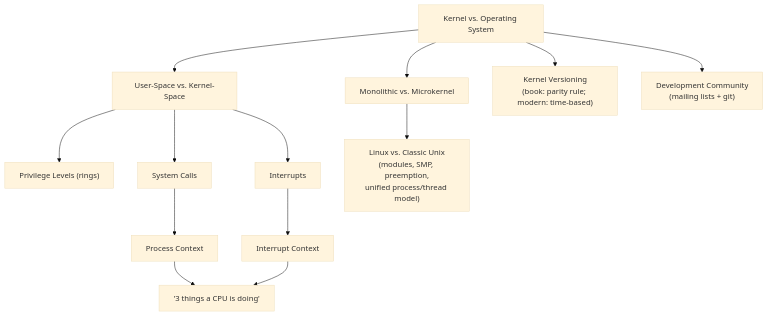
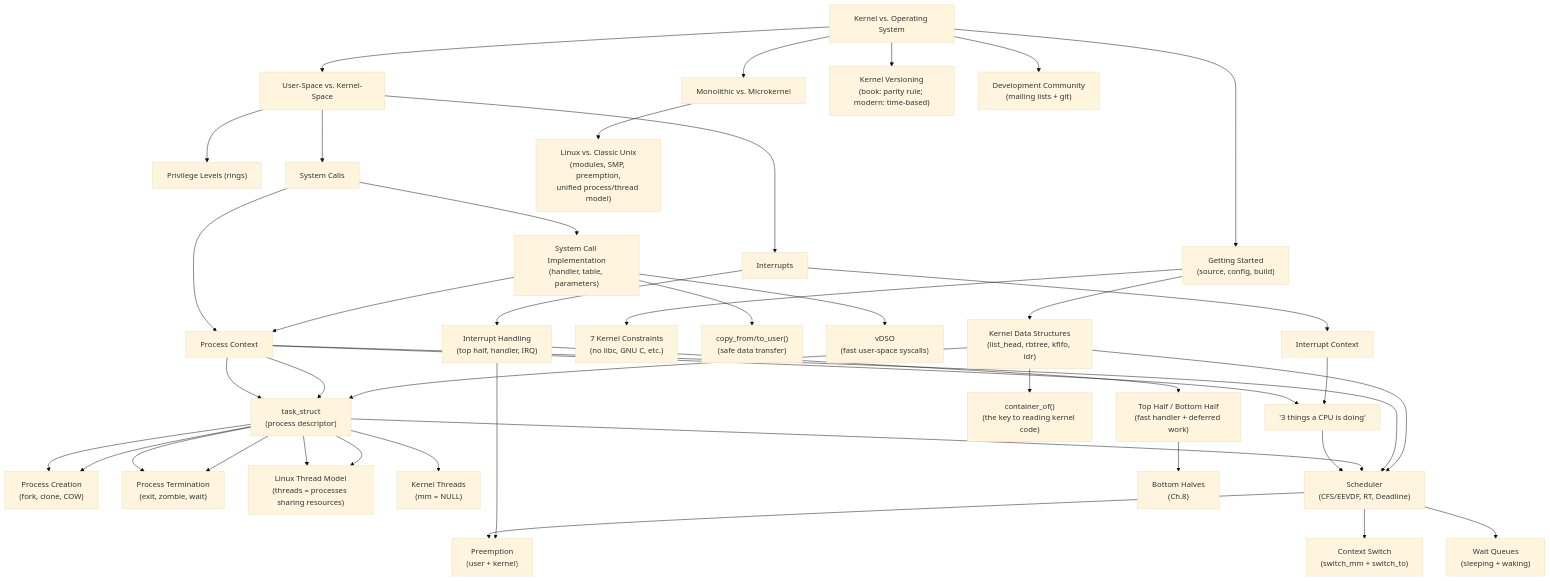
Before and after one commit to theritikkk/Interview-Preparation: the diagram in Linux-Kernel-Development-book-notes/final-knowledge-map.md, drawn with Mermaid (base theme). The commit also changed other lines of this file and 8 other files, not shown here.

Commit message:
docs(kernel): update Linux Kernel Development knowledge map, glossary, and interview Q&A

````diff
--- a/Linux-Kernel-Development-book-notes/final-knowledge-map.md
+++ b/Linux-Kernel-Development-book-notes/final-knowledge-map.md
@@ -15,16 +15,45 @@
 ```mermaid
 flowchart TD
     Kernel["Kernel vs. Operating System"]
     Kernel --> UvK["User-Space vs. Kernel-Space"]
     UvK --> PrivLevel["Privilege Levels (rings)"]
     UvK --> Syscall["System Calls"]
     UvK --> Interrupts["Interrupts"]
     Syscall --> ProcCtx["Process Context"]
     Interrupts --> IntCtx["Interrupt Context"]
     ProcCtx --> ThreeStates["'3 things a CPU is doing'"]
     IntCtx --> ThreeStates
     Kernel --> Arch["Monolithic vs. Microkernel"]
     Arch --> LinuxDiffs["Linux vs. Classic Unix\n(modules, SMP, preemption,\nunified process/thread model)"]
     Kernel --> Versioning["Kernel Versioning\n(book: parity rule; modern: time-based)"]
     Kernel --> Community["Development Community\n(mailing lists + git)"]
+    Kernel --> Build["Getting Started\n(source, config, build)"]
+    Build --> Constraints["7 Kernel Constraints\n(no libc, GNU C, etc.)"]
+    ProcCtx --> TaskStruct["task_struct\n(process descriptor)"]
+    TaskStruct --> ProcCreate["Process Creation\n(fork, clone, COW)"]
+    TaskStruct --> ProcTerminate["Process Termination\n(exit, zombie, wait)"]
+    TaskStruct --> Threads["Linux Thread Model\n(threads = processes sharing resources)"]
+    ProcCtx --> TaskStruct["task_struct\n(process descriptor)"]
+    TaskStruct --> ProcCreate["Process Creation\n(fork, clone, COW)"]
+    TaskStruct --> ProcTerminate["Process Termination\n(exit, zombie, wait)"]
+    TaskStruct --> Threads["Linux Thread Model\n(threads = processes sharing resources)"]
+    TaskStruct --> KernelThreads["Kernel Threads\n(mm = NULL)"]
+    ThreeStates --> Sched["Scheduler\n(CFS/EEVDF, RT, Deadline)"]
+    TaskStruct --> Sched
+    ProcCtx --> Sched
+    Sched --> Preempt["Preemption\n(user + kernel)"]
+    Sched --> CtxSwitch["Context Switch\n(switch_mm + switch_to)"]
+    Sched --> WaitQ["Wait Queues\n(sleeping + waking)"]
+    Syscall --> SyscallImpl["System Call Implementation\n(handler, table, parameters)"]
+    SyscallImpl --> CopyUser["copy_from/to_user()\n(safe data transfer)"]
+    SyscallImpl --> VDSO["vDSO\n(fast user-space syscalls)"]
+    SyscallImpl --> ProcCtx
+    Build --> DataStructures["Kernel Data Structures\n(list_head, rbtree, kfifo, idr)"]
+    DataStructures --> ContainerOf["container_of()\n(the key to reading kernel code)"]
+    DataStructures --> TaskStruct
+    DataStructures --> Sched
+    Interrupts --> IRQImpl["Interrupt Handling\n(top half, handler, IRQ)"]
+    IRQImpl --> TopBottom["Top Half / Bottom Half\n(fast handler + deferred work)"]
+    TopBottom --> BottomHalf["Bottom Halves\n(Ch.8)"]
+    IRQImpl --> Preempt
 ```
````
